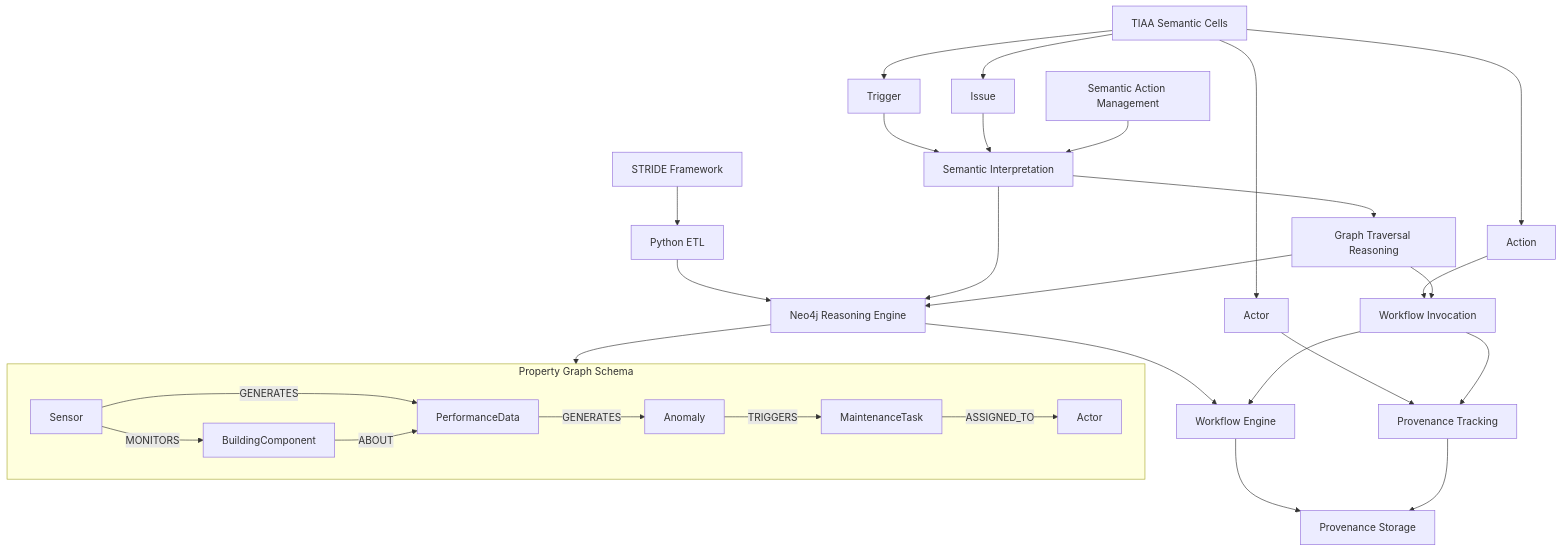
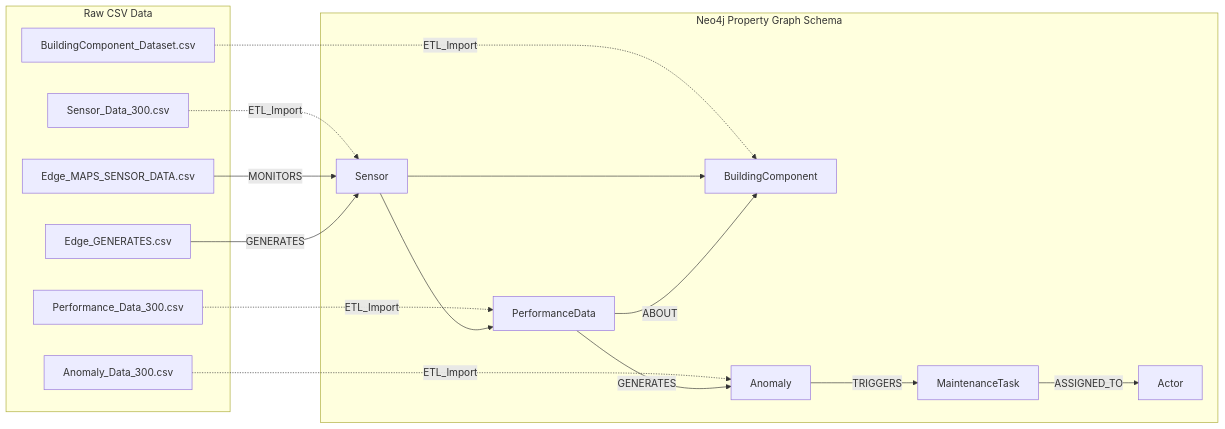
Before and after one commit to chienpu/public-phd-sam: the diagram in 02_data/README.md, drawn with Mermaid.

Commit message:
Update Mermaid diagram in README.md

````diff
--- a/02_data/README.md
+++ b/02_data/README.md
@@ -257,47 +257,54 @@
 ```mermaid
-flowchart TD
-    TIAA["TIAA Semantic Cells"]
-    Trigger["Trigger"]
-    Issue["Issue"]
-    ActionNode["Action"]
-    ActorNode["Actor"]
-    TIAA --> Trigger --> Semantic
-    TIAA --> Issue --> Semantic
-    TIAA --> ActionNode --> Workflow
-    TIAA --> ActorNode --> Provenance
+flowchart LR
 
-    SAM["Semantic Action Management"]
-    Semantic["Semantic Interpretation"]
-    Traversal["Graph Traversal Reasoning"]
-    Workflow["Workflow Invocation"]
-    Provenance["Provenance Tracking"]
-    SAM --> Semantic --> Traversal --> Workflow --> Provenance
+    %% ============================
+    %% Raw CSV Data
+    %% ============================
+    subgraph Raw["Raw CSV Data"]
+        BCcsv["BuildingComponent_Dataset.csv"]
+        SDcsv["Sensor_Data_300.csv"]
+        PDcsv["Performance_Data_300.csv"]
+        ADcsv["Anomaly_Data_300.csv"]
+        EMcsv["Edge_MAPS_SENSOR_DATA.csv"]
+        EGcsv["Edge_GENERATES.csv"]
+    end
 
-    STRIDE["STRIDE Framework"]
-    ETL["Python ETL"]
-    Reasoning["Neo4j Reasoning Engine"]
-    WorkflowExec["Workflow Engine"]
-    Logging["Provenance Storage"]
-    STRIDE --> ETL --> Reasoning --> WorkflowExec --> Logging
-    Semantic --> Reasoning
-    Traversal --> Reasoning
-    Workflow --> WorkflowExec
-    Provenance --> Logging
+    %% ============================
+    %% Neo4j Graph Schema
+    %% ============================
+    subgraph Graph["Neo4j Property Graph Schema"]
+        Sensor["Sensor"]
+        BC["BuildingComponent"]
+        PDnode["PerformanceData"]
+        Anode["Anomaly"]
+        Task["MaintenanceTask"]
+        Actor["Actor"]
+    end
 
-    subgraph GraphSchema["Property Graph Schema"]
-        BC["BuildingComponent"]
-        Sensor["Sensor"]
-        PD["PerformanceData"]
-        Anomaly["Anomaly"]
-        Task["MaintenanceTask"]
-        ActorEnt["Actor"]
-        Sensor -- MONITORS --> BC
-        Sensor -- GENERATES --> PD
-        BC -- ABOUT --> PD
-        PD -- GENERATES --> Anomaly
-        Anomaly -- TRIGGERS --> Task
-        Task -- ASSIGNED_TO --> ActorEnt
-    end
-    Reasoning --> GraphSchema
+    %% ============================
+    %% ETL Imports (Dashed Line)
+    %% ============================
+    BCcsv -.->|ETL_Import| BC
+    SDcsv -.->|ETL_Import| Sensor
+    PDcsv -.->|ETL_Import| PDnode
+    ADcsv -.->|ETL_Import| Anode
+
+    %% ============================
+    %% Edge Mapping from CSV
+    %% ============================
+    EMcsv -->|MONITORS| Sensor
+    Sensor --> BC
+
+    EGcsv -->|GENERATES| Sensor
+    Sensor --> PDnode
+
+    %% ============================
+    %% Semantic Schema Relations
+    %% ============================
+    PDnode -->|ABOUT| BC
+    PDnode -->|GENERATES| Anode
+    Anode -->|TRIGGERS| Task
+    Task -->|ASSIGNED_TO| Actor
+
 
 ```
````
